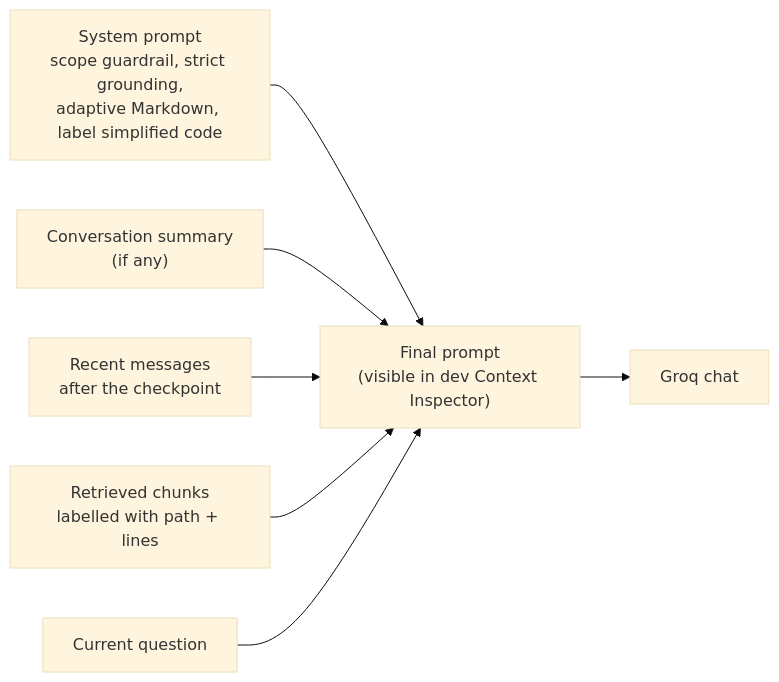
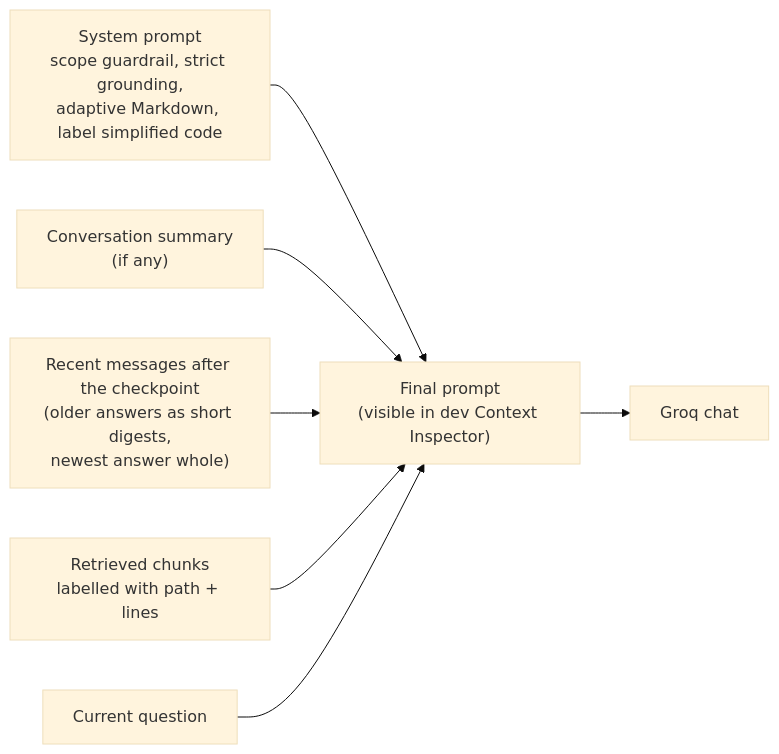
Before and after one commit to Shashank8602/DevDocs: the second of 2 diagrams in Docs/Plan/Diagrams/09-conversation-summarization.md, drawn with Mermaid (base theme). The commit also changed other lines of this file and 21 other files, not shown here.

````diff
--- a/Docs/Plan/Diagrams/09-conversation-summarization.md
+++ b/Docs/Plan/Diagrams/09-conversation-summarization.md
@@ -31,9 +31,9 @@
 ```mermaid
 flowchart LR
     SP["System prompt<br/>scope guardrail, strict grounding,<br/>adaptive Markdown, label simplified code"] --> P
     SM["Conversation summary<br/>(if any)"] --> P
-    RM["Recent messages<br/>after the checkpoint"] --> P
+    RM["Recent messages after the checkpoint<br/>(older answers as short digests,<br/>newest answer whole)"] --> P
     RC["Retrieved chunks<br/>labelled with path + lines"] --> P
     Q["Current question"] --> P
     P["Final prompt<br/>(visible in dev Context Inspector)"] --> LLM["Groq chat"]
 ```
````
